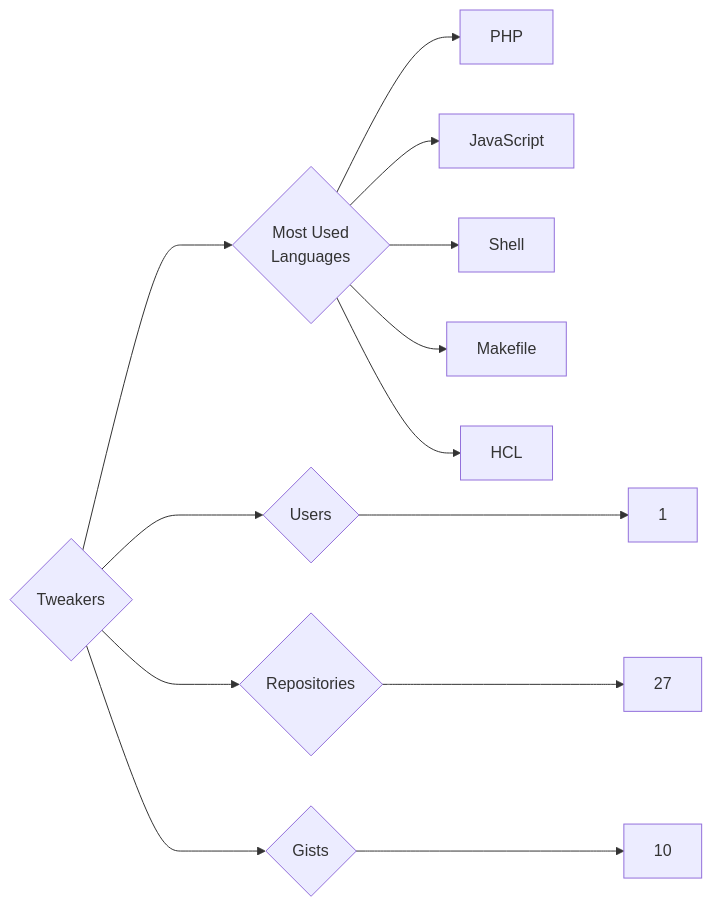
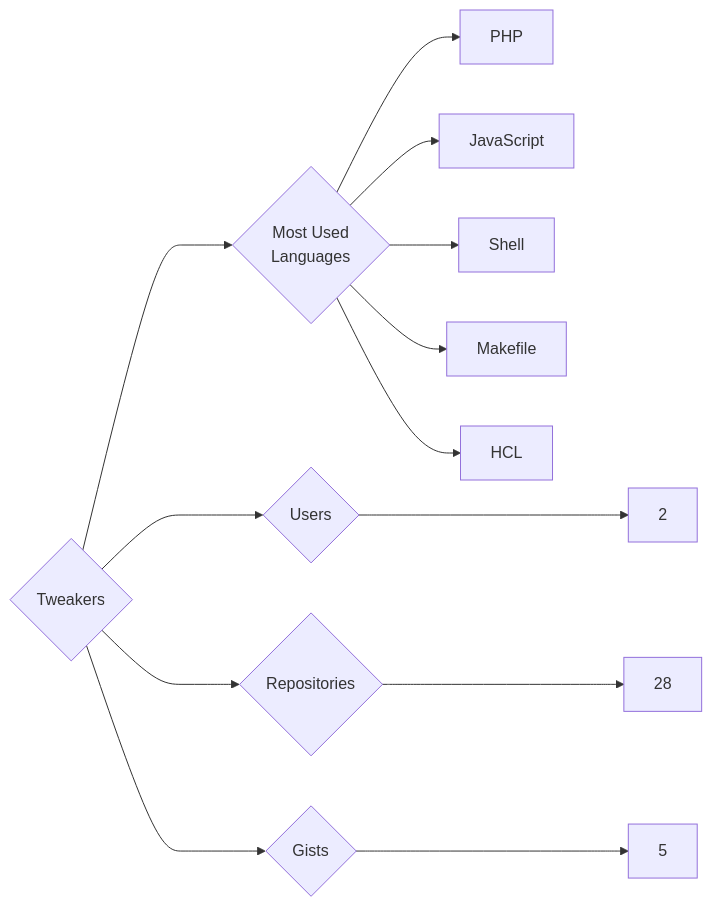
Before and after one commit to trickest/insiders: the diagram in targets/Tweakers/README.md, drawn with Mermaid. The commit also changed 898 other files, not shown here.

````diff
--- a/targets/Tweakers/README.md
+++ b/targets/Tweakers/README.md
@@ -3,13 +3,13 @@
 ```mermaid
 graph LR
 COMPANY_NAME{Tweakers}
-COMPANY_NAME ---> U{Users} ---> UN[1]
-COMPANY_NAME ---> R{Repositories} ---> RN[27]
-COMPANY_NAME ---> G{Gists} ---> GN[10]
+COMPANY_NAME ---> U{Users} ---> UN[2]
+COMPANY_NAME ---> R{Repositories} ---> RN[28]
+COMPANY_NAME ---> G{Gists} ---> GN[5]
 COMPANY_NAME ---> ML{Most Used<br>Languages}
 ML --> PHP[PHP]
 ML --> JavaScript[JavaScript]
 ML --> Shell[Shell]
 ML --> Makefile[Makefile]
 ML --> HCL[HCL]
 ```
````
